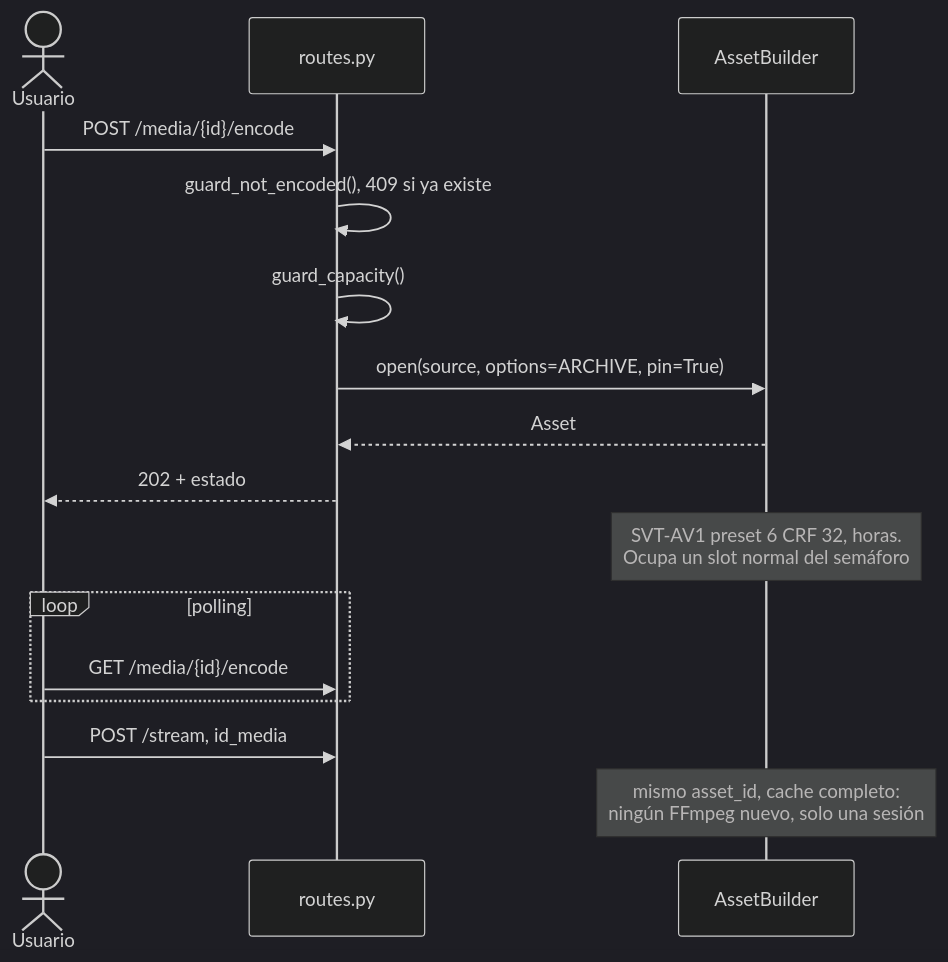
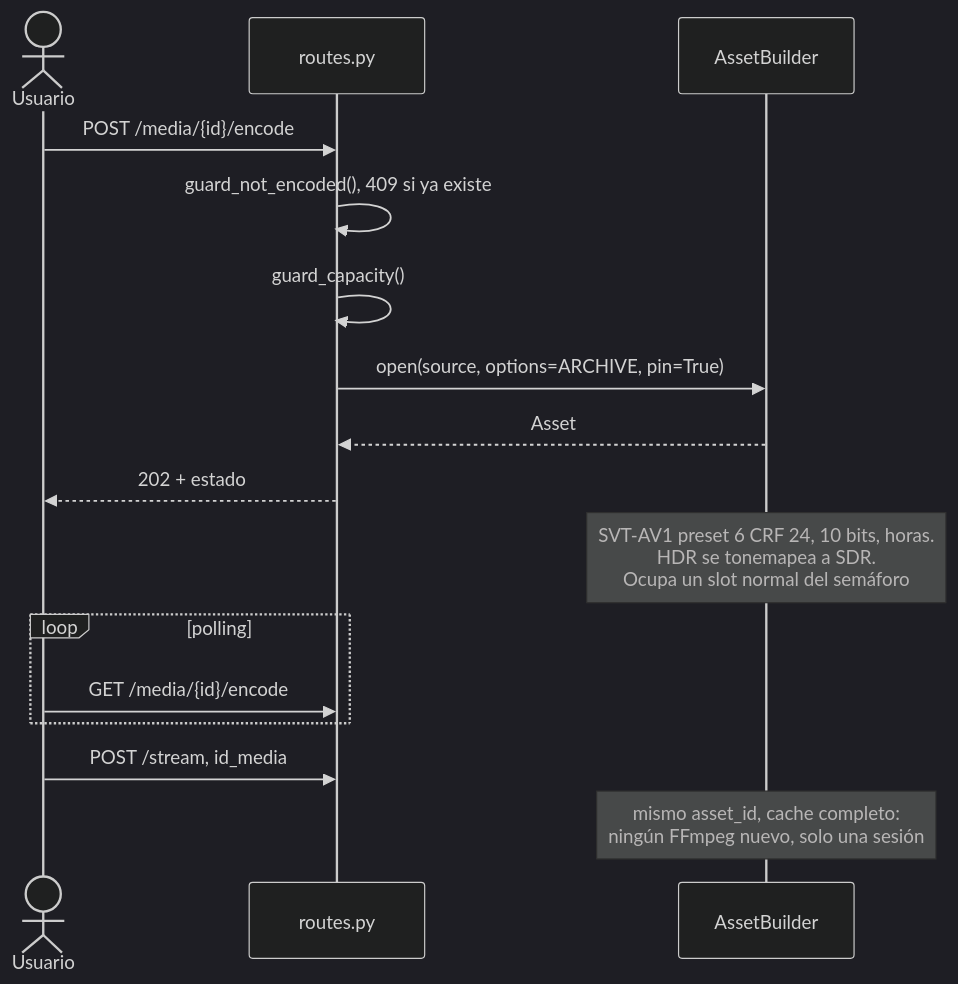
Before and after one commit to Juan045/home-stream-app: the eighth of 14 diagrams in system_arquitecture.md, drawn with Mermaid (dark theme). The commit also changed 9 other files, not shown here.

````diff
--- a/system_arquitecture.md
+++ b/system_arquitecture.md
@@ -408,21 +408,21 @@
 ```mermaid
 sequenceDiagram
     actor U as Usuario
     participant API as routes.py
     participant B as AssetBuilder
 
     U->>API: POST /media/{id}/encode
     API->>API: guard_not_encoded(), 409 si ya existe
     API->>API: guard_capacity()
     API->>B: open(source, options=ARCHIVE, pin=True)
     B-->>API: Asset
     API-->>U: 202 + estado
-    Note over B: SVT-AV1 preset 6 CRF 32, horas.<br/>Ocupa un slot normal del semáforo
+    Note over B: SVT-AV1 preset 6 CRF 24, 10 bits, horas.<br/>HDR se tonemapea a SDR.<br/>Ocupa un slot normal del semáforo
 
     loop polling
         U->>API: GET /media/{id}/encode
     end
 
     U->>API: POST /stream, id_media
     Note over B: mismo asset_id, cache completo:<br/>ningún FFmpeg nuevo, solo una sesión
 ```
````
